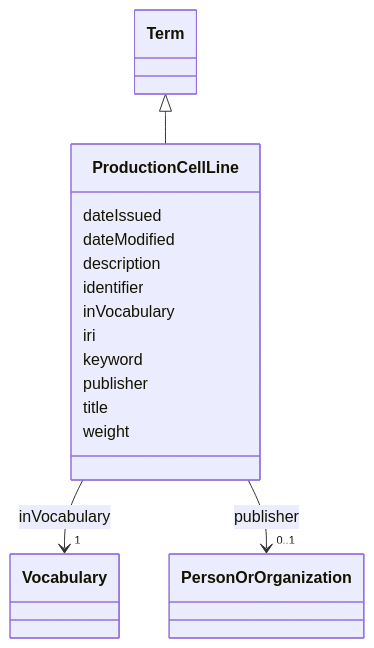
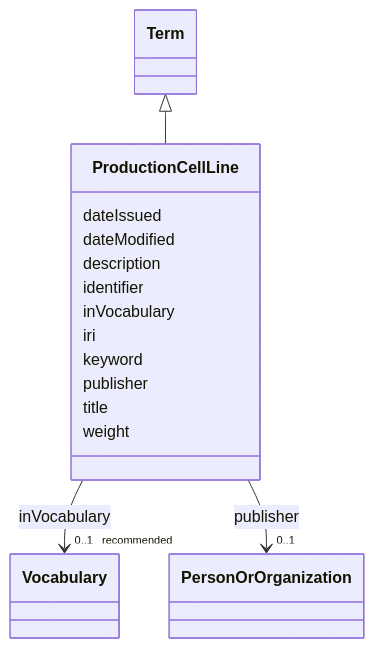
The diagram in models/docs/ProductionCellLine.md (EVORA-project/evora-ontology), drawn with Mermaid before and after one commit. The commit also changed other lines of this file and 307 other files, not shown here.

````diff
--- a/models/docs/ProductionCellLine.md
+++ b/models/docs/ProductionCellLine.md
@@ -19,43 +19,43 @@
 ```mermaid
  classDiagram
     class ProductionCellLine
     click ProductionCellLine href "../ProductionCellLine"
       Term <|-- ProductionCellLine
         click Term href "../Term"
       
       ProductionCellLine : dateIssued
         
       ProductionCellLine : dateModified
         
       ProductionCellLine : description
         
       ProductionCellLine : identifier
         
       ProductionCellLine : inVocabulary
         
           
     
     
-    ProductionCellLine --> "1" Vocabulary : inVocabulary
+    ProductionCellLine --> "0..1 _recommended_" Vocabulary : inVocabulary
     click Vocabulary href "../Vocabulary"
 
         
       ProductionCellLine : iri
         
       ProductionCellLine : keyword
         
       ProductionCellLine : publisher
         
           
     
     
     ProductionCellLine --> "0..1" PersonOrOrganization : publisher
     click PersonOrOrganization href "../PersonOrOrganization"
 
         
       ProductionCellLine : title
         
       ProductionCellLine : weight
         
       
 ```
````
